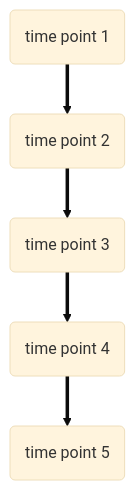
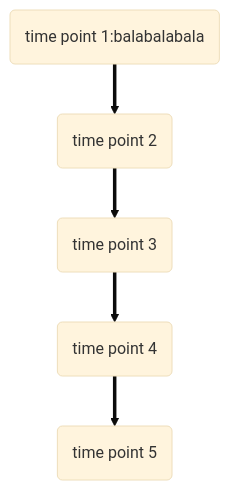
One commit to kindlezhang/p8105_final_project changed the diagram in final_project_proposal.Rmd. Above: the diagram before and after it, drawn with Mermaid (base theme).

````diff
--- a/final_project_proposal.Rmd
+++ b/final_project_proposal.Rmd
@@ -46,8 +46,8 @@
 ```mermaid
 graph TD
-A("time point 1")
+A("time point 1:balabalabala")
 ==>B("time point 2")
 ==>C("time point 3")
 ==>D("time point 4")
 ==>E("time point 5")
 ```
````
